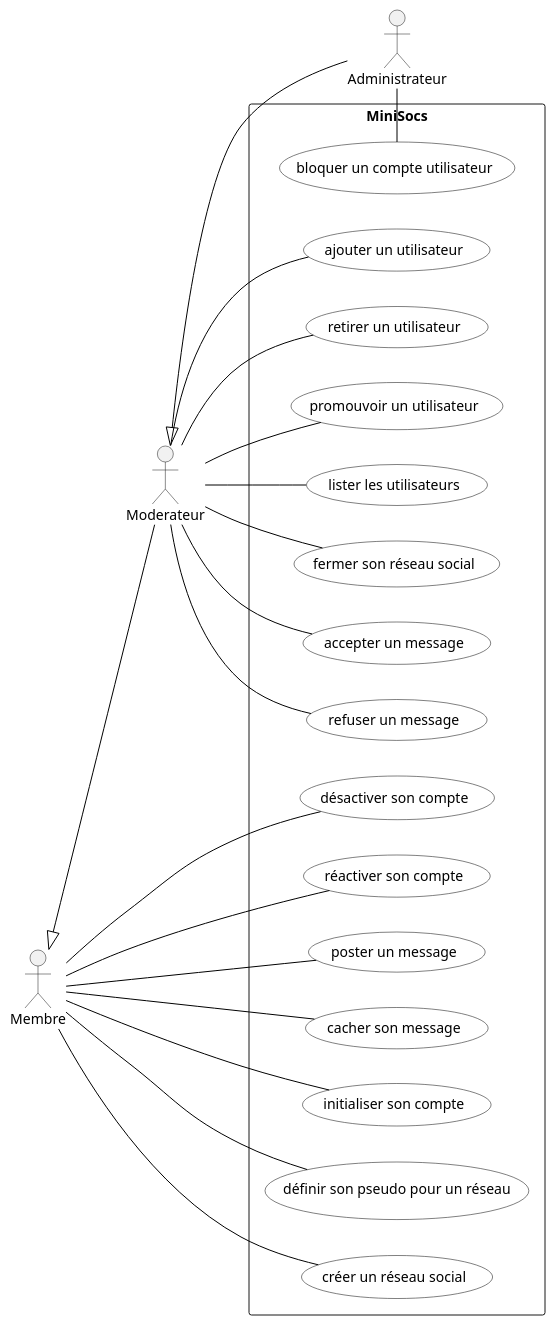
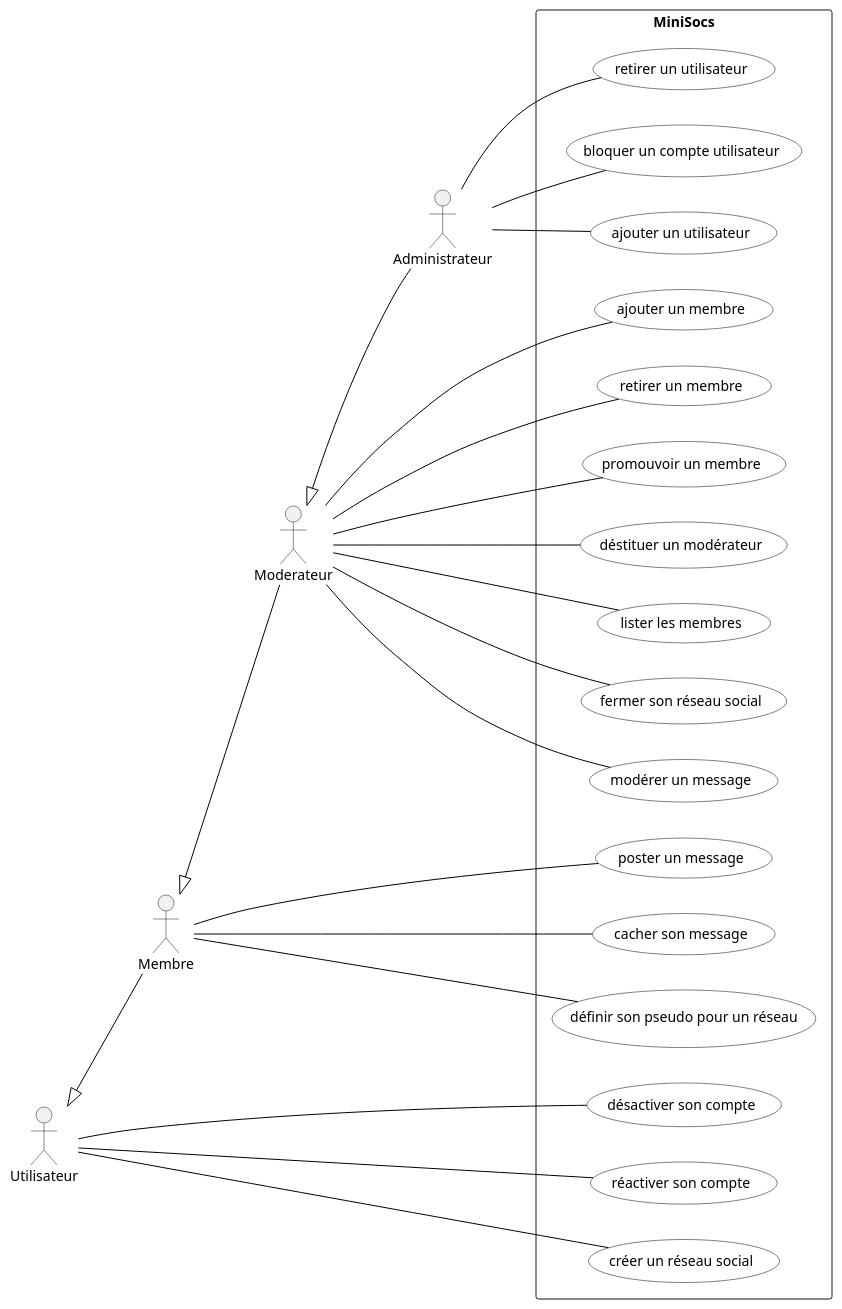
The diagram in Diagrammes/minisocs_uml_diag_cas_utilisation.pu (ThELud0/Minisocs), drawn with PlantUML before and after one commit. The commit also changed 7 other files, not shown here.

Commit message:
changement du diagramme et des cas d'utilisation en accord avec les remarques du suivi

```diff
--- a/Diagrammes/minisocs_uml_diag_cas_utilisation.pu
+++ b/Diagrammes/minisocs_uml_diag_cas_utilisation.pu
@@ -1,41 +1,44 @@
 @startuml
 
 'Diagramme de cas d'utilisation (PlantUML)'
 
 'Configuration charte graphique'
 skinparam usecase {
 BackgroundColor White
 BorderColor Black
 ArrowColor Black
 ActorBackgroundColor<< Human >> Gold
 }
 
 left to right direction
 
 'Déclaration des acteurs :'
 actor Administrateur
 actor Moderateur
 actor Membre
+actor Utilisateur
 Moderateur <|-- Administrateur
 Membre <|-- Moderateur
+Utilisateur <|-- Membre
 'Déclaration des cas d'utilisation dans le système'
 rectangle "MiniSocs" {
 
 :Administrateur: -- (bloquer un compte utilisateur) 
-:Moderateur: -- (ajouter un utilisateur) 
-:Moderateur: -- (retirer un utilisateur) 
-:Moderateur: -- (promouvoir un utilisateur) 
-:Moderateur: -- (lister les utilisateurs)
+:Administrateur: -- (ajouter un utilisateur) 
+:Administrateur: -- (retirer un utilisateur) 
+:Moderateur: -- (ajouter un membre) 
+:Moderateur: -- (retirer un membre) 
+:Moderateur: -- (promouvoir un membre) 
+:Moderateur: -- (déstituer un modérateur)
+:Moderateur: -- (lister les membres)
 :Moderateur: -- (fermer son réseau social) 
-:Moderateur: -- (accepter un message) 
-:Moderateur: -- (refuser un message) 
-:Membre:    -- (désactiver son compte) 
-:Membre:    -- (réactiver son compte) 
+:Moderateur: -- (modérer un message) 
+:Utilisateur:    -- (désactiver son compte) 
+:Utilisateur:    -- (réactiver son compte) 
 :Membre:    -- (poster un message)
 :Membre:    -- (cacher son message) 
-:Membre:    -- (initialiser son compte) 
 :Membre:    -- (définir son pseudo pour un réseau) 
-:Membre:    -- (créer un réseau social) 
+:Utilisateur:    -- (créer un réseau social) 
 }
 
 @enduml
```
